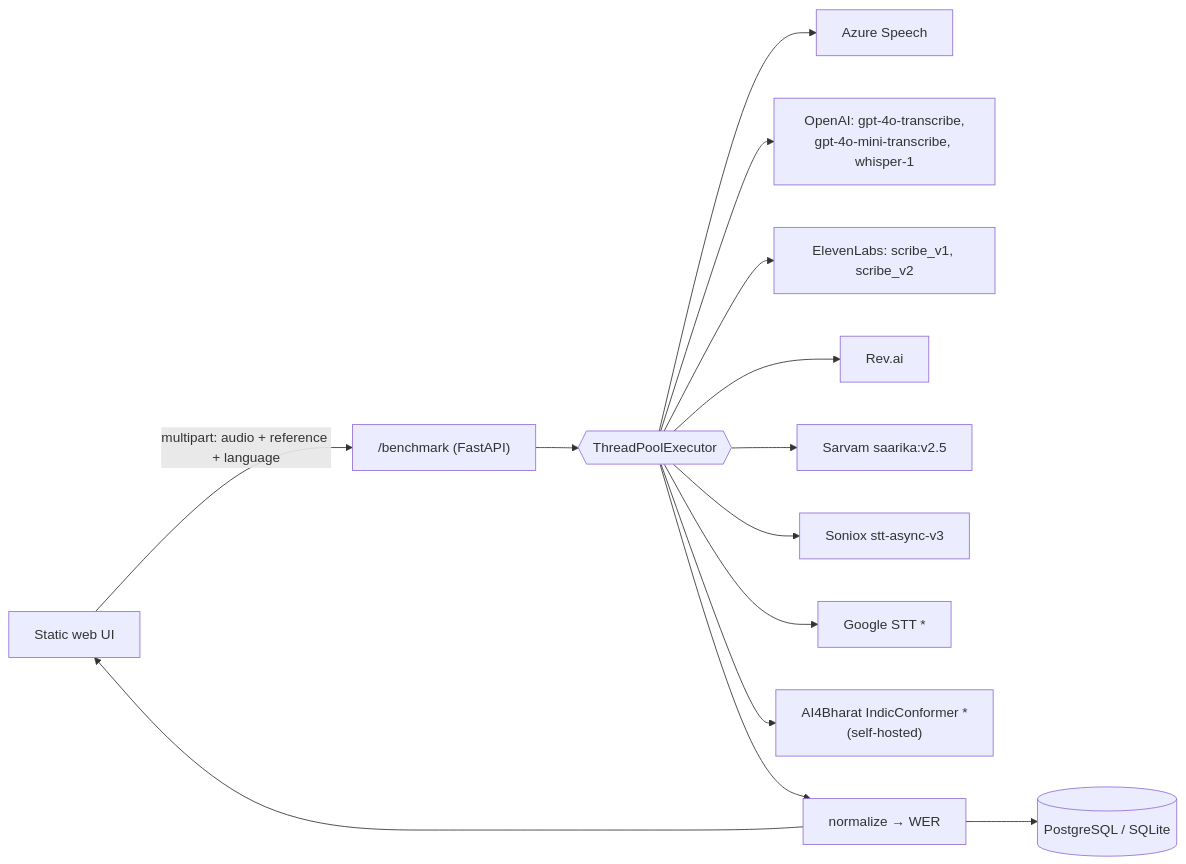
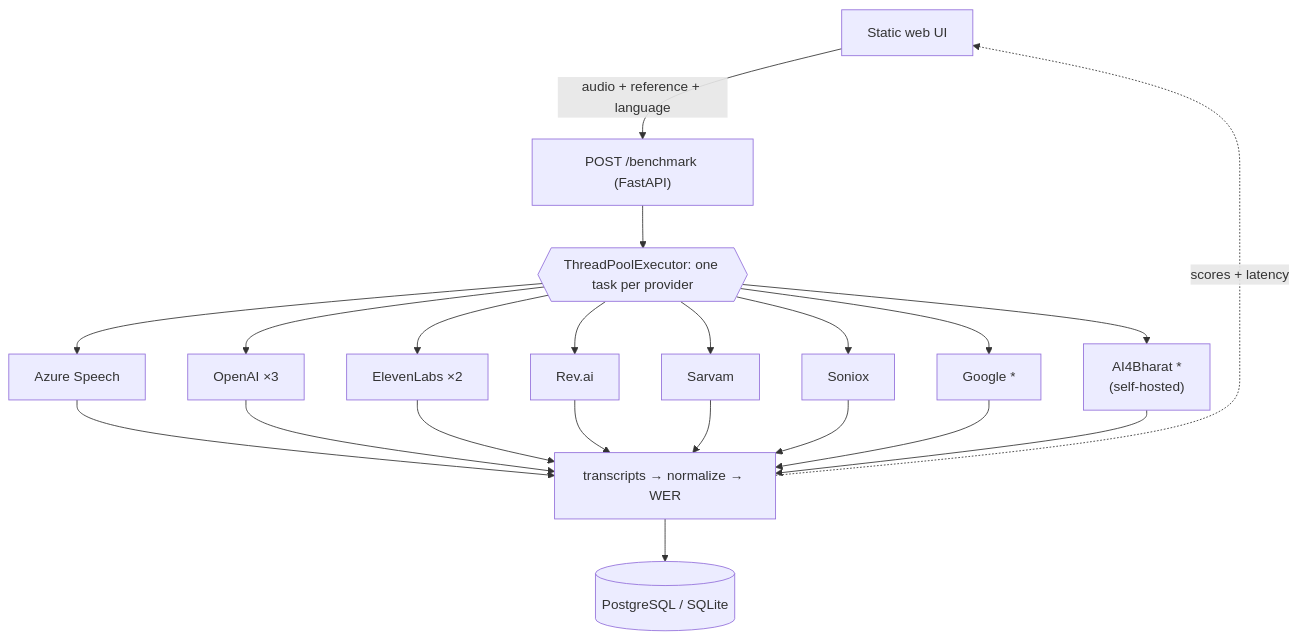
Before and after one commit to SASHI117/stt-benchmark-backend: the diagram in README.md, drawn with Mermaid. The commit also changed other lines of this file, not shown here.

Commit message:
Fix README architecture diagram and tighten claims
The diagram had the providers as dead ends with WER fed straight from the thread pool; transcripts now flow from every provider into scoring. Label the example response as illustrative, and state that the timeout guarantee covers direct HTTP calls while vendor SDKs use their own.

````diff
--- a/README.md
+++ b/README.md
@@ -19,16 +19,10 @@
 ```mermaid
-flowchart LR
-    UI[Static web UI] -- "multipart: audio + reference + language" --> API["/benchmark (FastAPI)"]
-    API --> POOL{{ThreadPoolExecutor}}
-    POOL --> AZ[Azure Speech]
-    POOL --> OA["OpenAI: gpt-4o-transcribe,<br/>gpt-4o-mini-transcribe, whisper-1"]
-    POOL --> EL["ElevenLabs: scribe_v1, scribe_v2"]
-    POOL --> RV[Rev.ai]
-    POOL --> SV["Sarvam saarika:v2.5"]
-    POOL --> SX["Soniox stt-async-v3"]
-    POOL --> GG["Google STT *"]
-    POOL --> AI["AI4Bharat IndicConformer *<br/>(self-hosted)"]
-    POOL --> WER[normalize → WER]
+flowchart TB
+    UI[Static web UI] -- "audio + reference + language" --> API["POST /benchmark (FastAPI)"]
+    API --> POOL{{"ThreadPoolExecutor: one task per provider"}}
+    POOL --> AZ[Azure Speech] & OA["OpenAI ×3"] & EL["ElevenLabs ×2"] & RV[Rev.ai]
+    POOL --> SV[Sarvam] & SX[Soniox] & GG["Google *"] & AI["AI4Bharat *<br/>(self-hosted)"]
+    AZ & OA & EL & RV & SV & SX & GG & AI --> WER["transcripts → normalize → WER"]
     WER --> DB[(PostgreSQL / SQLite)]
-    WER --> UI
+    WER -. "scores + latency" .-> UI
 ```
````
